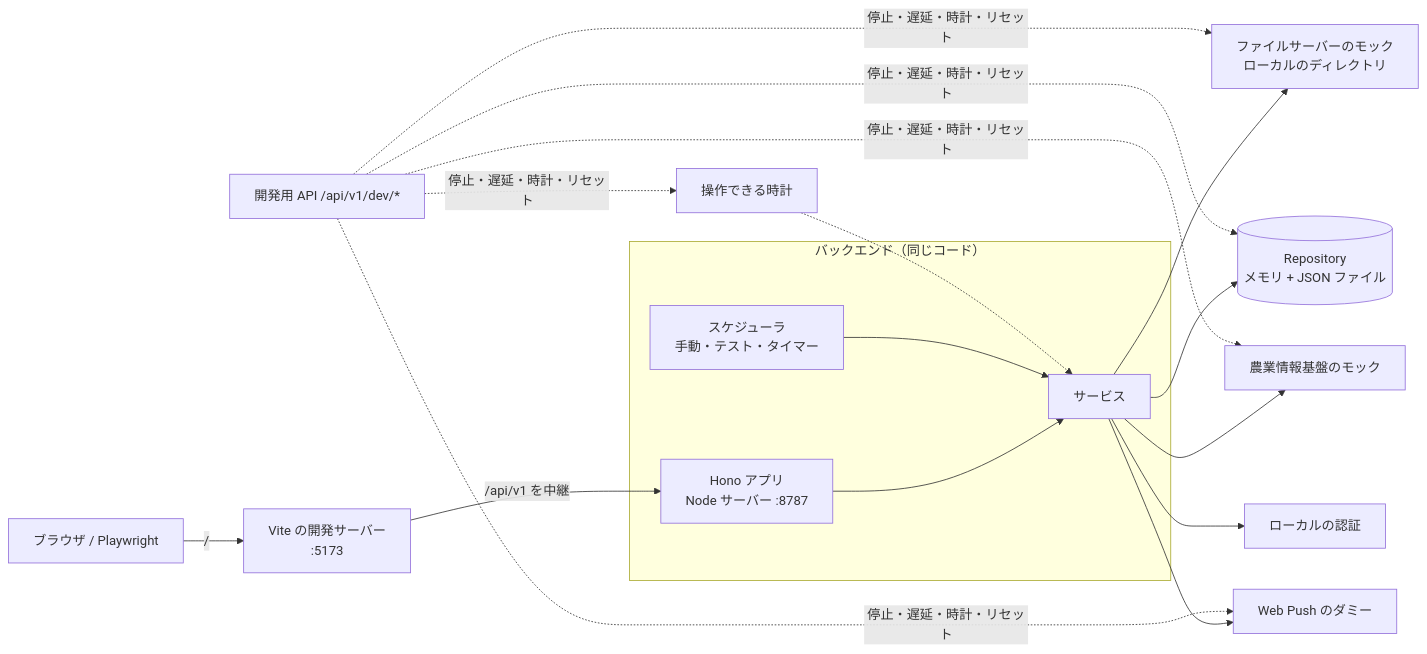
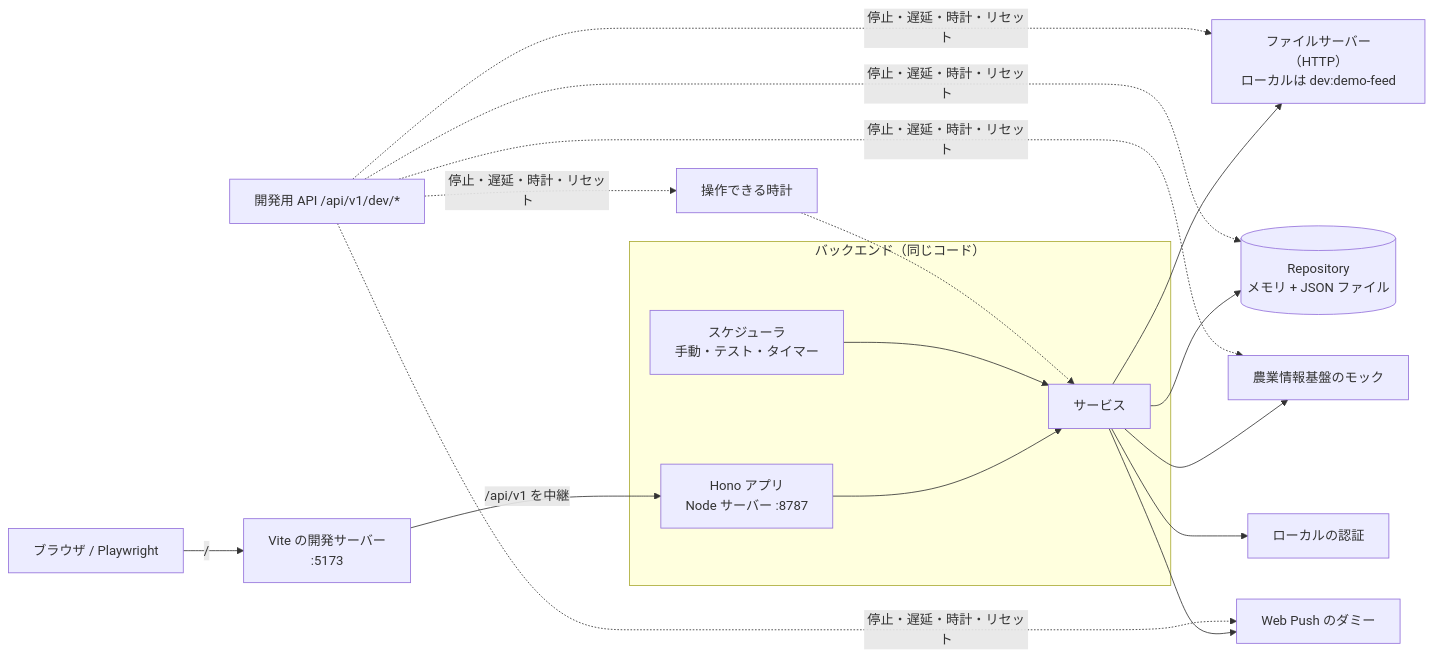
Before and after one commit to NS-APU/smart-farm-monitoring: the diagram in docs/10_design/functions/dev_spec.md, drawn with Mermaid. The commit also changed other lines of this file and 11 other files, not shown here.

````diff
--- a/docs/10_design/functions/dev_spec.md
+++ b/docs/10_design/functions/dev_spec.md
@@ -179,16 +179,16 @@
 ```mermaid
 flowchart LR
   B[ブラウザ / Playwright] -->|/| V[Vite の開発サーバー<br>:5173]
   V -->|/api/v1 を中継| H[Hono アプリ<br>Node サーバー :8787]
   subgraph APP[バックエンド（同じコード）]
     H --> SV[サービス]
     SCH[スケジューラ<br>手動・テスト・タイマー] --> SV
   end
   SV --> REPO[(Repository<br>メモリ + JSON ファイル)]
-  SV --> FS[ファイルサーバーのモック<br>ローカルのディレクトリ]
+  SV --> FS[ファイルサーバー（HTTP）<br>ローカルは dev:demo-feed]
   SV --> FED[農業情報基盤のモック]
   SV --> WP[Web Push のダミー]
   SV --> AUTH[ローカルの認証]
   CLK[操作できる時計] -.-> SV
   DEV[開発用 API /api/v1/dev/*] -.->|停止・遅延・時計・リセット| FS & FED & WP & CLK & REPO
 ```
````
